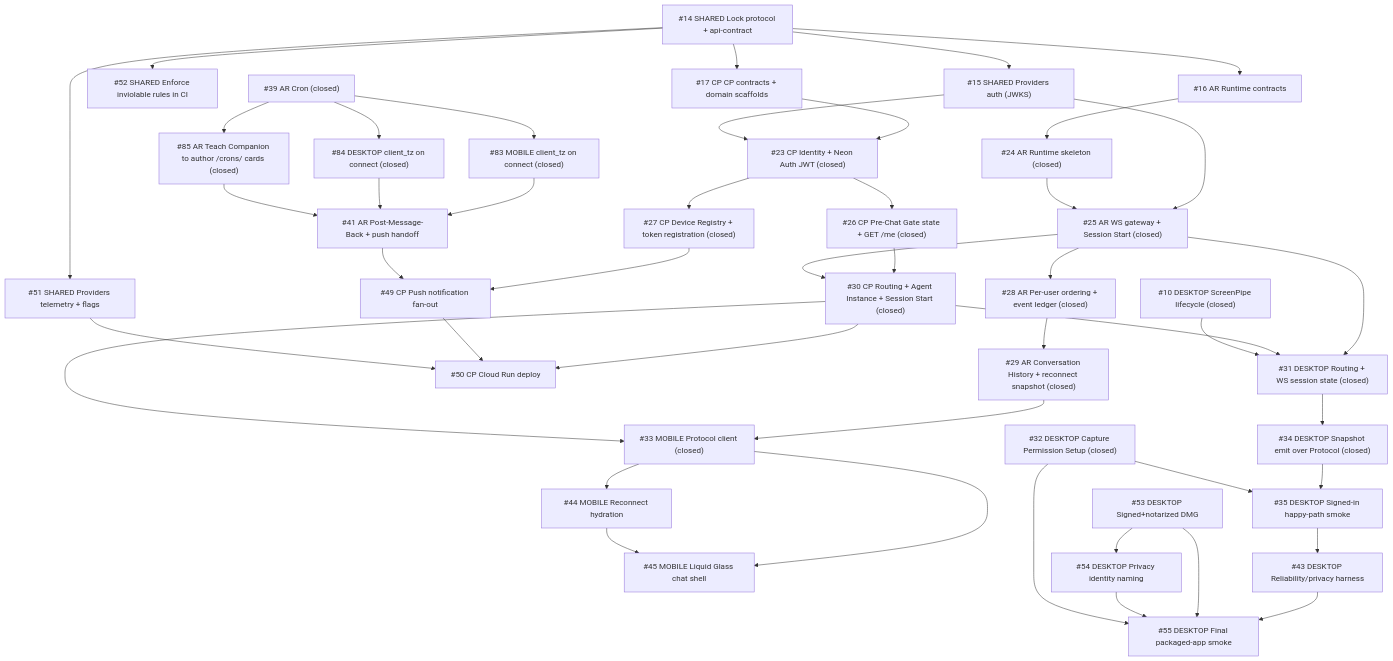
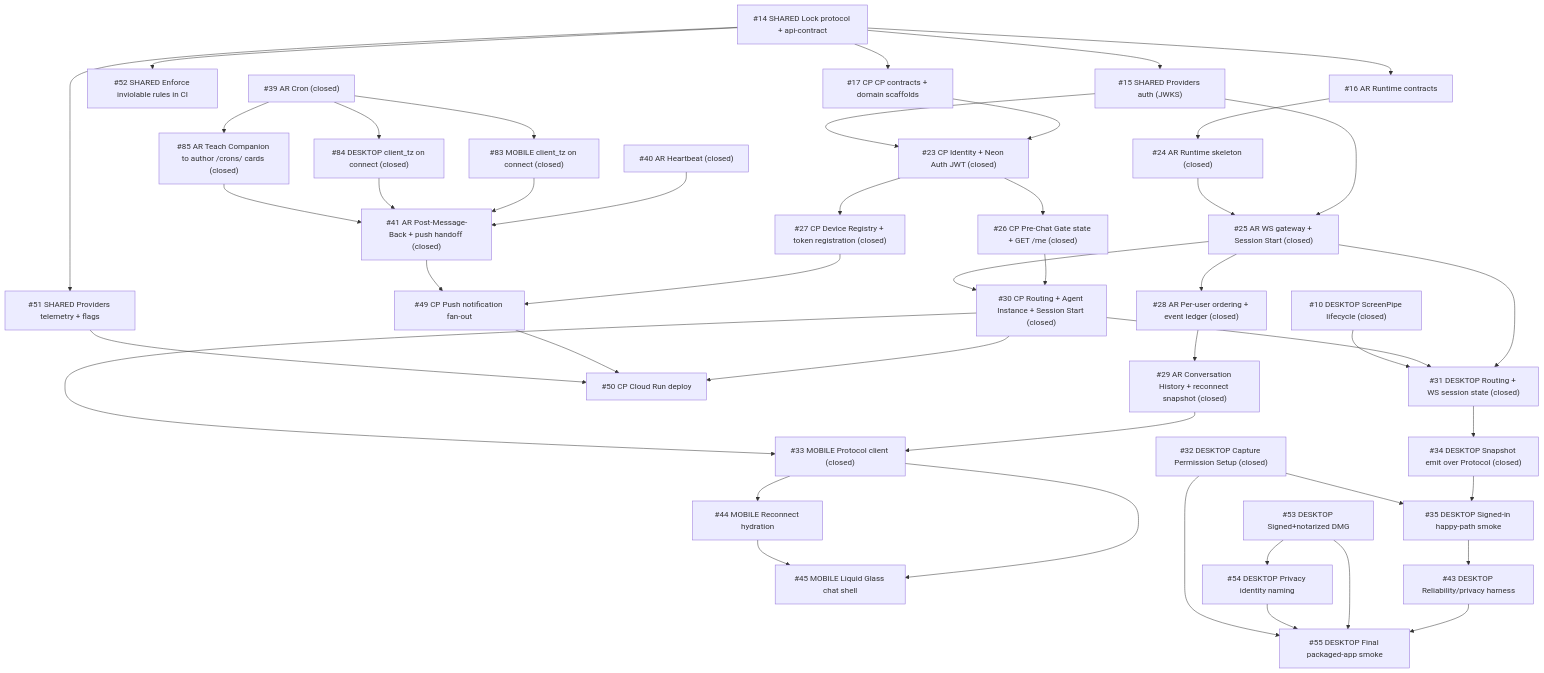
The diagram in docs/ISSUE-BOARD.md (sruj75/Intentive), drawn with Mermaid before and after one commit. The commit also changed other lines of this file and 54 other files, not shown here.

````diff
--- a/docs/ISSUE-BOARD.md
+++ b/docs/ISSUE-BOARD.md
@@ -28,56 +28,57 @@
 ```mermaid
 flowchart TD
   N08["#14 SHARED Lock protocol + api-contract"] --> N09["#15 SHARED Providers auth (JWKS)"]
   N08 --> N45["#51 SHARED Providers telemetry + flags"]
   N08 --> N46["#52 SHARED Enforce inviolable rules in CI"]
 
   N08 --> N10["#16 AR Runtime contracts"]
   N08 --> N11["#17 CP CP contracts + domain scaffolds"]
 
   N10 --> N18["#24 AR Runtime skeleton (closed)"]
   N09 --> N19
   N18 --> N19["#25 AR WS gateway + Session Start (closed)"]
   N19 --> N22["#28 AR Per-user ordering + event ledger (closed)"]
   N22 --> N23["#29 AR Conversation History + reconnect snapshot (closed)"]
 
   N11 --> N17["#23 CP Identity + Neon Auth JWT (closed)"]
   N09 --> N17
   N17 --> N20["#26 CP Pre-Chat Gate state + GET /me (closed)"]
   N17 --> N21["#27 CP Device Registry + token registration (closed)"]
   N20 --> N24["#30 CP Routing + Agent Instance + Session Start (closed)"]
   N19 --> N24
   N21 --> N43["#49 CP Push notification fan-out"]
-  N35["#41 AR Post-Message-Back + push handoff"] --> N43
+  N35["#41 AR Post-Message-Back + push handoff (closed)"] --> N43
+  N54b["#40 AR Heartbeat (closed)"] --> N35
   N24 --> N44["#50 CP Cloud Run deploy"]
   N43 --> N44
   N45 --> N44
 
   N23 --> N27["#33 MOBILE Protocol client (closed)"]
   N24 --> N27
   N27 --> N38["#44 MOBILE Reconnect hydration"]
   N27 --> N39["#45 MOBILE Liquid Glass chat shell"]
   N38 --> N39
 
   N19 --> N25["#31 DESKTOP Routing + WS session state (closed)"]
   N24 --> N25
   N04["#10 DESKTOP ScreenPipe lifecycle (closed)"] --> N25
   N25 --> N28["#34 DESKTOP Snapshot emit over Protocol (closed)"]
   N28 --> N29["#35 DESKTOP Signed-in happy-path smoke"]
 
   N47["#53 DESKTOP Signed+notarized DMG"] --> N48["#54 DESKTOP Privacy identity naming"]
   N26["#32 DESKTOP Capture Permission Setup (closed)"] --> N29
   N49["#55 DESKTOP Final packaged-app smoke"]
   N29 --> N37["#43 DESKTOP Reliability/privacy harness"]
   N37 --> N49
   N47 --> N49
   N48 --> N49
   N26 --> N49
 
   %% Cron activation lane (#39 follow-ups, closed)
   N50["#39 AR Cron (closed)"] --> N51b["#83 MOBILE client_tz on connect (closed)"]
   N50 --> N52b["#84 DESKTOP client_tz on connect (closed)"]
   N50 --> N53b["#85 AR Teach Companion to author /crons/ cards (closed)"]
   N51b --> N35
   N52b --> N35
   N53b --> N35
 ```
````
